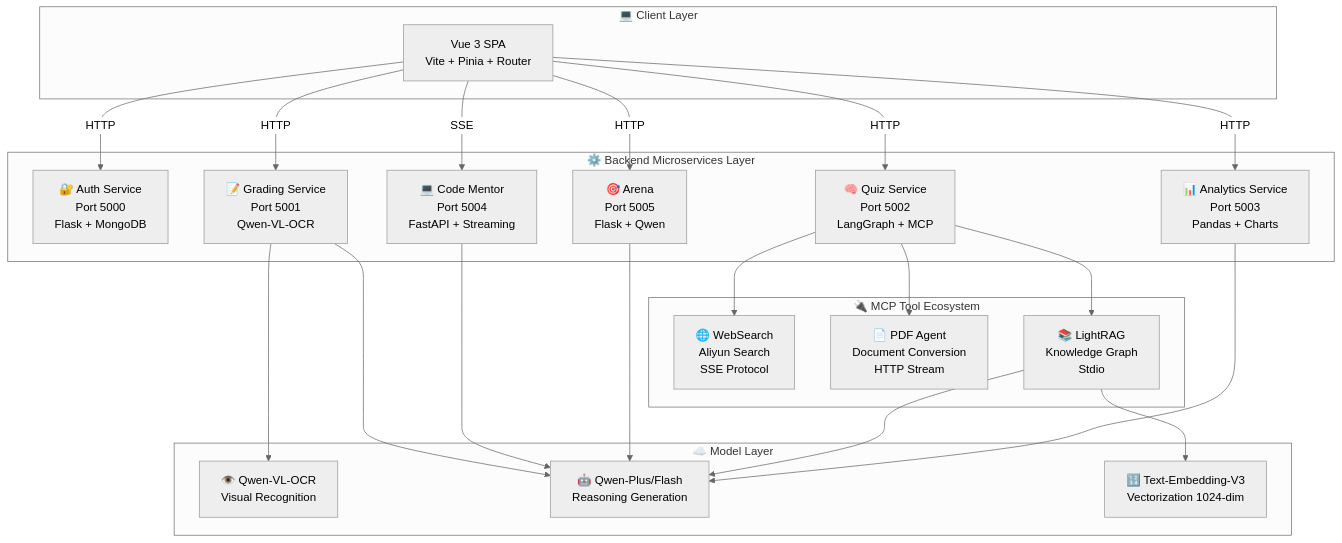
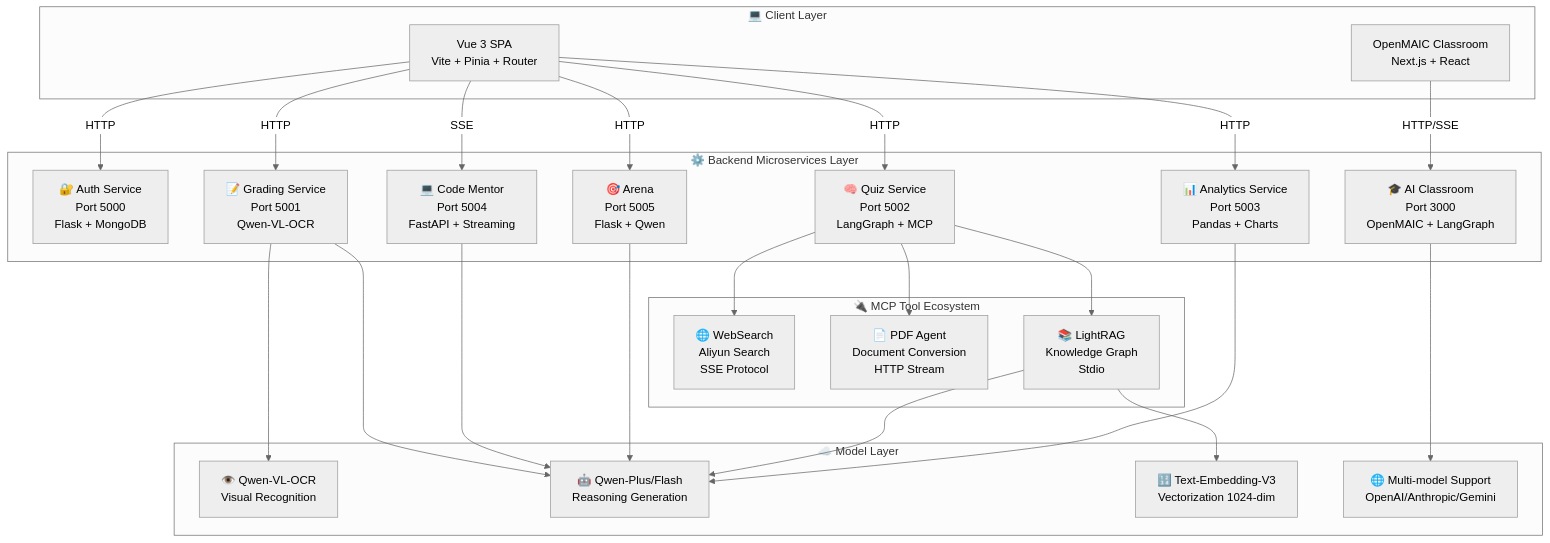
Before and after one commit to abaiar/Teacher_Assistant_AI: the second of 2 diagrams in README_EN.md, drawn with Mermaid (neutral theme). The commit also changed other lines of this file and 1 other file, not shown here.

Commit message:
docs: 添加 OpenMAIC 智能互动课堂模块文档

````diff
--- a/README_EN.md
+++ b/README_EN.md
@@ -241,48 +295,53 @@
 ```mermaid
 graph TD
     subgraph "💻 Client Layer"
         A[Vue 3 SPA<br/>Vite + Pinia + Router]
+        A2[OpenMAIC Classroom<br/>Next.js + React]
     end
 
     subgraph "⚙️ Backend Microservices Layer"
         B1[🔐 Auth Service<br/>Port 5000<br/>Flask + MongoDB]
         B2[📝 Grading Service<br/>Port 5001<br/>Qwen-VL-OCR]
         B3[🧠 Quiz Service<br/>Port 5002<br/>LangGraph + MCP]
         B4[📊 Analytics Service<br/>Port 5003<br/>Pandas + Charts]
         B5[💻 Code Mentor<br/>Port 5004<br/>FastAPI + Streaming]
         B6[🎯 Arena<br/>Port 5005<br/>Flask + Qwen]
+        B7[🎓 AI Classroom<br/>Port 3000<br/>OpenMAIC + LangGraph]
     end
 
     subgraph "🔌 MCP Tool Ecosystem"
         C1[🌐 WebSearch<br/>Aliyun Search<br/>SSE Protocol]
         C2[📄 PDF Agent<br/>Document Conversion<br/>HTTP Stream]
         C3[📚 LightRAG<br/>Knowledge Graph<br/>Stdio]
     end
 
     subgraph "☁️ Model Layer"
         D1[👁️ Qwen-VL-OCR<br/>Visual Recognition]
         D2[🤖 Qwen-Plus/Flash<br/>Reasoning Generation]
         D3[🔢 Text-Embedding-V3<br/>Vectorization 1024-dim]
+        D4[🌐 Multi-model Support<br/>OpenAI/Anthropic/Gemini]
     end
 
     A -->|HTTP| B1
     A -->|HTTP| B2
     A -->|HTTP| B3
     A -->|HTTP| B4
     A -->|SSE| B5
     A -->|HTTP| B6
+    A2 -->|HTTP/SSE| B7
 
     B2 --> D1
     B2 --> D2
     B5 --> D2
     B6 --> D2
+    B7 --> D4
 
     B3 --> C1
     B3 --> C2
     B3 --> C3
     
     C3 --> D3
     C3 --> D2
 
     B4 --> D2
 ```
````
